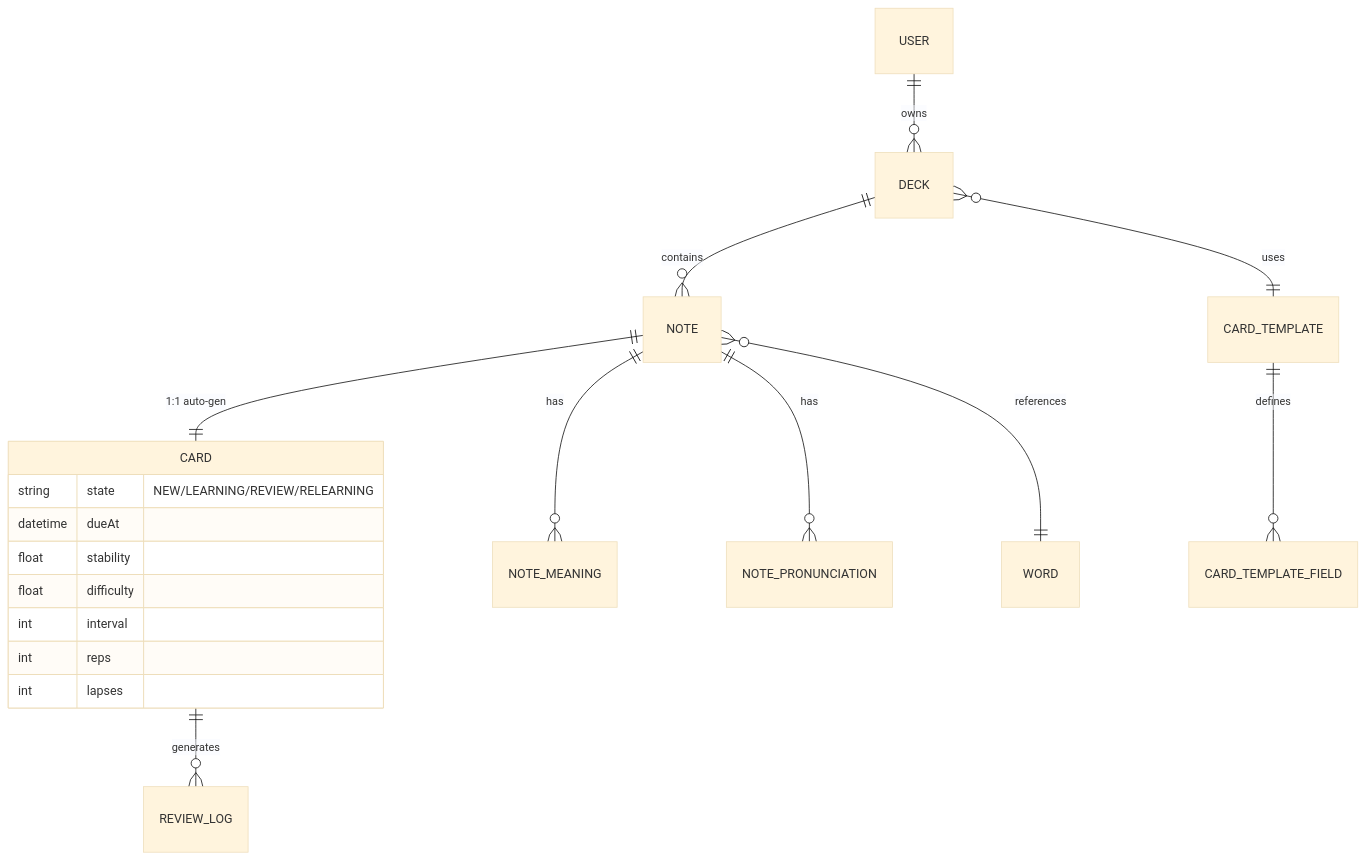
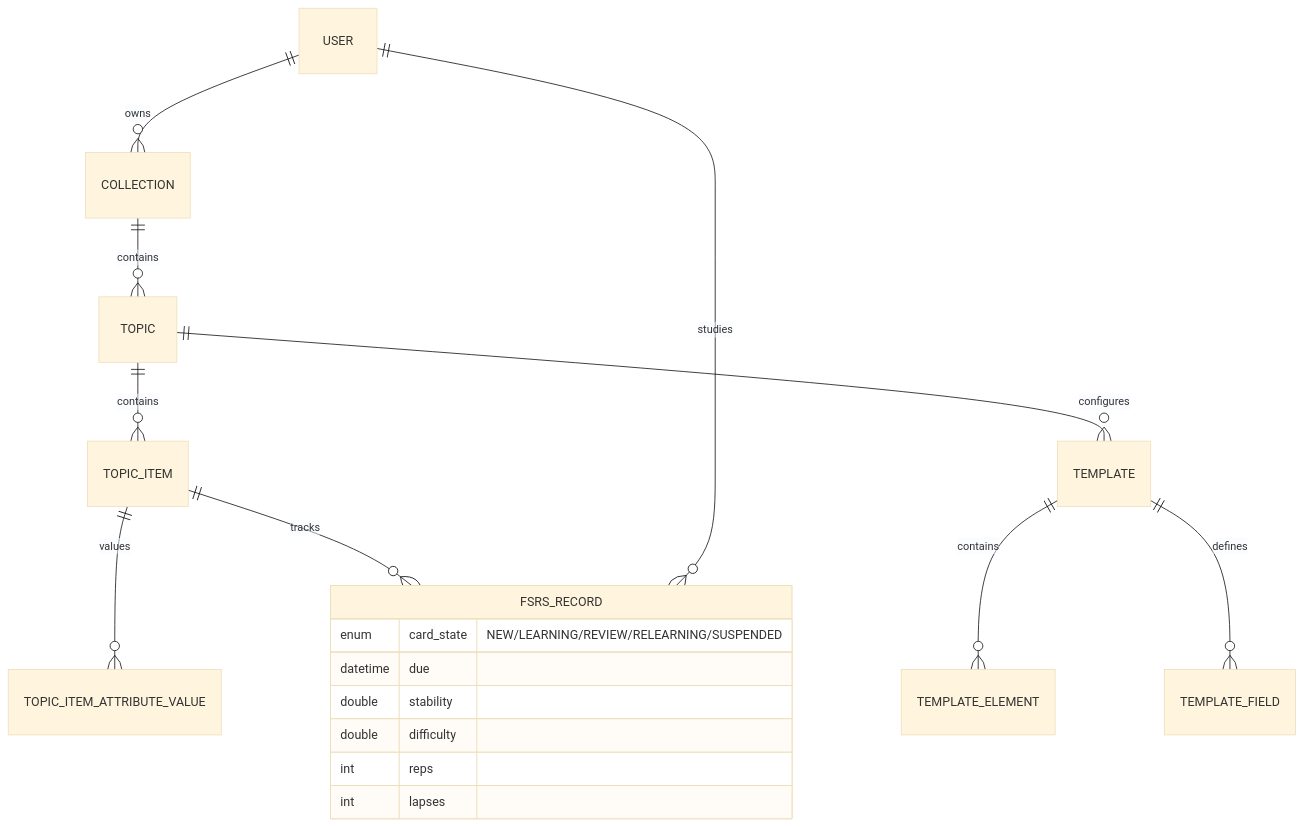
The first of 6 diagrams in sa/sa.md (SnapVocab/docs), drawn with Mermaid (base theme) before and after one commit. The commit also changed other lines of this file and 11 other files, not shown here.

First line of the commit message:
docs: update architecture to 25-table entity model and add vertical task breakdown xlsx

````diff
--- a/sa/sa.md
+++ b/sa/sa.md
@@ -282,21 +282,20 @@
 ```mermaid
 erDiagram
-    USER ||--o{ DECK : owns
-    DECK ||--o{ NOTE : contains
-    DECK }o--|| CARD_TEMPLATE : uses
-    NOTE ||--|| CARD : "1:1 auto-gen"
-    NOTE ||--o{ NOTE_MEANING : has
-    NOTE ||--o{ NOTE_PRONUNCIATION : has
-    NOTE }o--|| WORD : references
-    CARD ||--o{ REVIEW_LOG : generates
-    CARD {
-        string state "NEW/LEARNING/REVIEW/RELEARNING"
-        datetime dueAt
-        float stability
-        float difficulty
-        int interval
+    USER ||--o{ COLLECTION : owns
+    COLLECTION ||--o{ TOPIC : contains
+    TOPIC ||--o{ TOPIC_ITEM : contains
+    TOPIC ||--o{ TEMPLATE : configures
+    TEMPLATE ||--o{ TEMPLATE_ELEMENT : contains
+    TEMPLATE ||--o{ TEMPLATE_FIELD : defines
+    TOPIC_ITEM ||--o{ TOPIC_ITEM_ATTRIBUTE_VALUE : values
+    TOPIC_ITEM ||--o{ FSRS_RECORD : tracks
+    USER ||--o{ FSRS_RECORD : studies
+    FSRS_RECORD {
+        enum card_state "NEW/LEARNING/REVIEW/RELEARNING/SUSPENDED"
+        datetime due
+        double stability
+        double difficulty
         int reps
         int lapses
     }
-    CARD_TEMPLATE ||--o{ CARD_TEMPLATE_FIELD : defines
 ```
````
